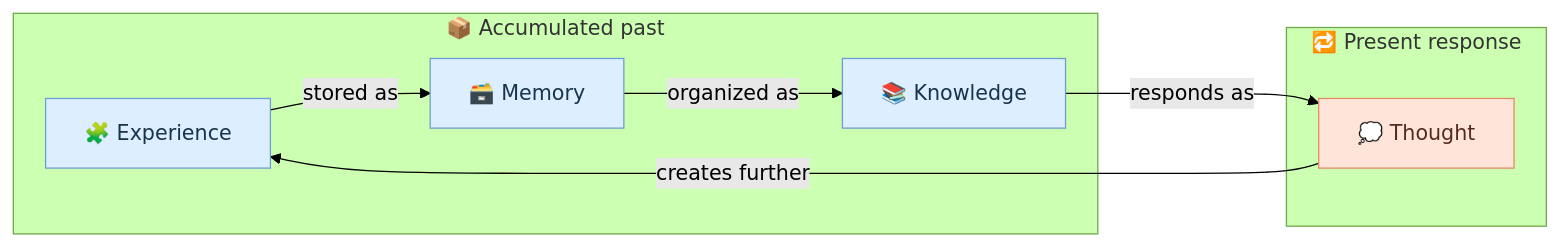
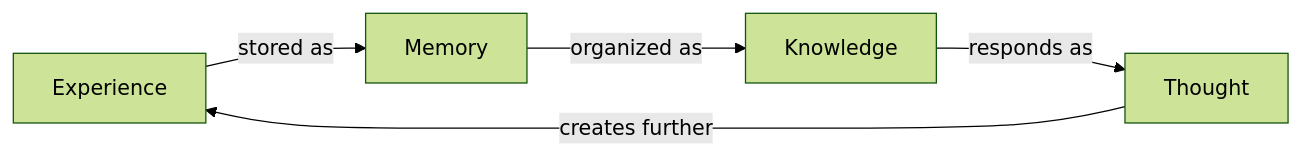
Before and after one commit to enogrob/enogrob.github.io: the third of 8 diagrams in _posts/2026-09-08-architecture-of-the-mind-krishnamurti.md, drawn with Mermaid (forest theme). The commit also changed other lines of this file and 3 other files, not shown here.

````diff
--- a/_posts/2026-09-08-architecture-of-the-mind-krishnamurti.md
+++ b/_posts/2026-09-08-architecture-of-the-mind-krishnamurti.md
@@ -181,19 +96,7 @@
 ```mermaid!
 flowchart LR
-    subgraph PAST["📦 Accumulated past"]
-      E["🧩 Experience"] -->|stored as| M["🗃️ Memory"]
-      M -->|organized as| K["📚 Knowledge"]
-    end
-
-    subgraph RESPONSE["🔁 Present response"]
-      T["💭 Thought"]
-    end
-
-    K -->|responds as| T
+    E["Experience"] -->|stored as| M["Memory"]
+    M -->|organized as| K["Knowledge"]
+    K -->|responds as| T["Thought"]
     T -->|creates further| E
-
-    classDef past fill:#dceeff,stroke:#6b9fd1,color:#18344d
-    classDef response fill:#ffe5d9,stroke:#e28c68,color:#542b1f
-    class E,M,K past
-    class T response
 ```
````
